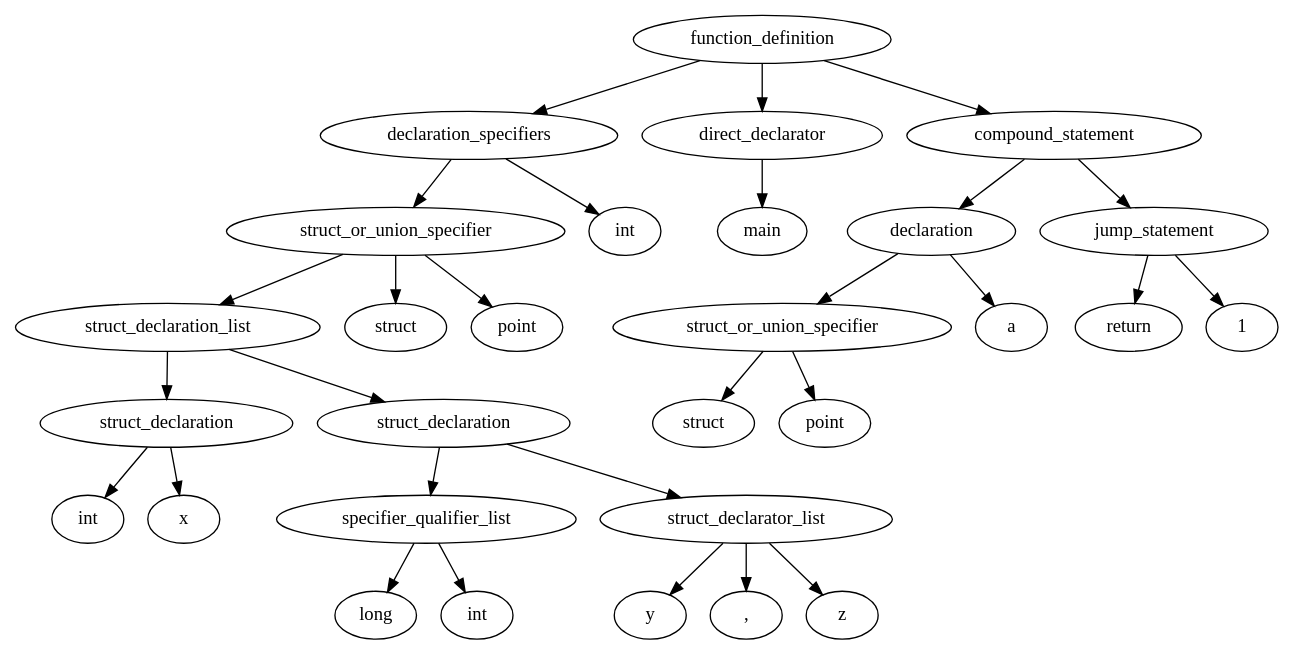
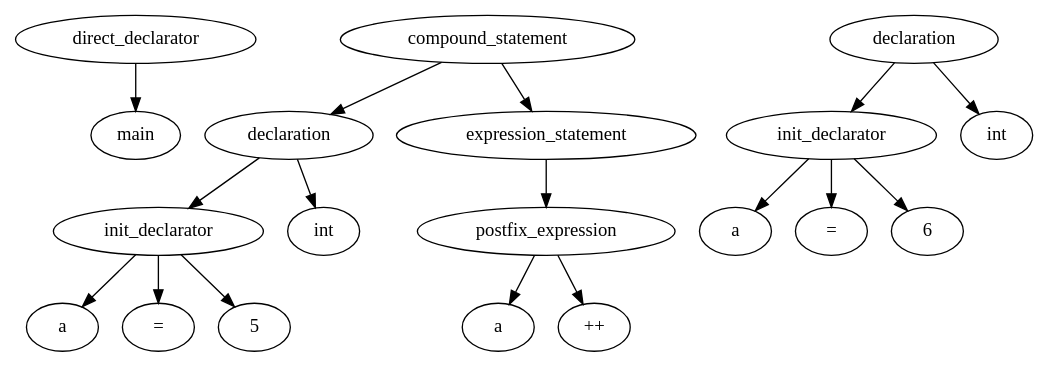
The diagram in graph1.dot (govarun/compiler-project), drawn with Graphviz before and after one commit. The commit also changed 3 other files, not shown here.

```diff
--- a/graph1.dot
+++ b/graph1.dot
@@ -1,59 +1,37 @@
 digraph ethane {
-1[label="struct_declaration"]
-2[label="int"]
+1[label="direct_declarator"]
+2[label="main"]
 1 -> 2
-3[label="x"]
-1 -> 3
-4[label="specifier_qualifier_list"]
-5[label="long"]
-4 -> 5
-6[label="int"]
-4 -> 6
-7[label="struct_declarator_list"]
-8[label="y"]
+3[label="init_declarator"]
+4[label="a"]
+3 -> 4
+5[label="="]
+3 -> 5
+6[label="5"]
+3 -> 6
+7[label="declaration"]
+8[label="int"]
 7 -> 8
-9[label=","]
-7 -> 9
-10[label="z"]
-7 -> 10
-11[label="struct_declaration"]
-11 -> 4
-11 -> 7
-12[label="struct_declaration_list"]
-12 -> 1
-12 -> 11
-13[label="struct_or_union_specifier"]
-14[label="struct"]
-13 -> 14
-15[label="point"]
-13 -> 15
+7 -> 3
+9[label="postfix_expression"]
+10[label="a"]
+9 -> 10
+11[label="++"]
+9 -> 11
+12[label="expression_statement"]
+12 -> 9
+13[label="compound_statement"]
+13 -> 7
 13 -> 12
-16[label="declaration_specifiers"]
-16 -> 13
-17[label="int"]
-16 -> 17
-18[label="direct_declarator"]
-19[label="main"]
+14[label="init_declarator"]
+15[label="a"]
+14 -> 15
+16[label="="]
+14 -> 16
+17[label="6"]
+14 -> 17
+18[label="declaration"]
+19[label="int"]
 18 -> 19
-20[label="struct_or_union_specifier"]
-21[label="struct"]
-20 -> 21
-22[label="point"]
-20 -> 22
-23[label="declaration"]
-23 -> 20
-24[label="a"]
-23 -> 24
-25[label="jump_statement"]
-26[label="return"]
-25 -> 26
-27[label="1"]
-25 -> 27
-28[label="compound_statement"]
-28 -> 23
-28 -> 25
-29[label="function_definition"]
-29 -> 16
-29 -> 18
-29 -> 28
+18 -> 14
 }
```
